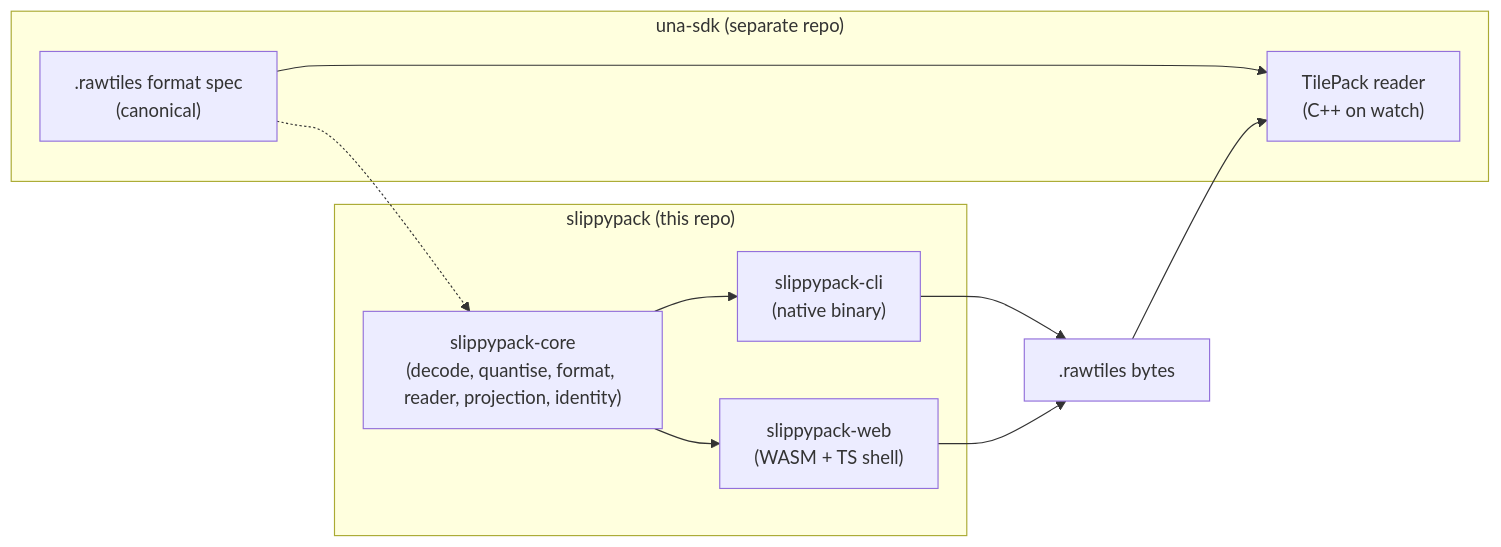
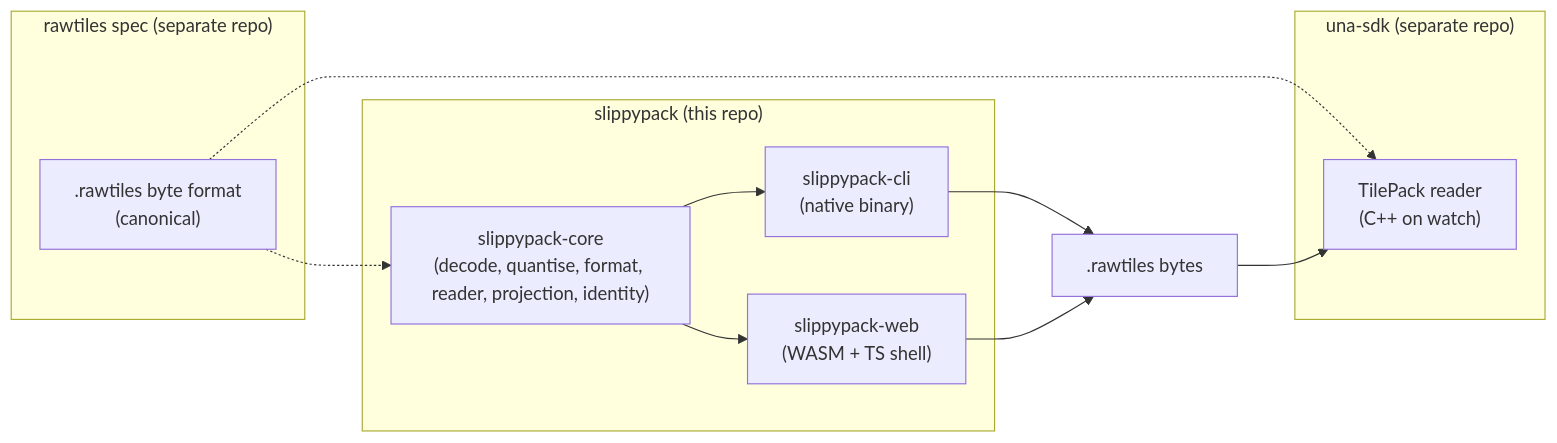
The first of 2 diagrams in PLAN.md (tobymurray/slippypack), drawn with Mermaid before and after one commit. The commit also changed other lines of this file and 10 other files, not shown here.

First line of the commit message:
docs: repoint in-tree spec references to standalone rawtiles repo

````diff
--- a/PLAN.md
+++ b/PLAN.md
@@ -98,20 +98,22 @@
 ```mermaid
 graph LR
+    subgraph spec["rawtiles spec (separate repo)"]
+        Spec[".rawtiles byte format<br/>(canonical)"]
+    end
     subgraph slippypack["slippypack (this repo)"]
         Core["slippypack-core<br/>(decode, quantise, format, reader, projection, identity)"]
         CLI["slippypack-cli<br/>(native binary)"]
         Web["slippypack-web<br/>(WASM + TS shell)"]
         Core --> CLI
         Core --> Web
     end
     subgraph unaSDK["una-sdk (separate repo)"]
-        Spec[".rawtiles format spec<br/>(canonical)"]
         Reader["TilePack reader<br/>(C++ on watch)"]
-        Spec --> Reader
     end
     Spec -.-> Core
+    Spec -.-> Reader
     Pack[".rawtiles bytes"]
     CLI --> Pack
     Web --> Pack
     Pack --> Reader
 ```
````
